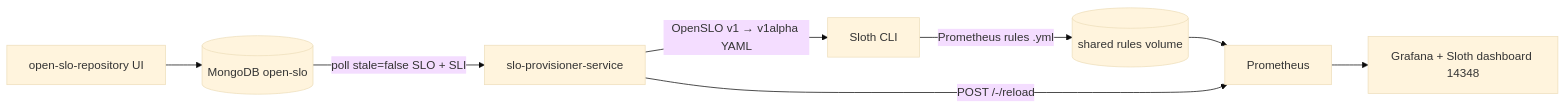
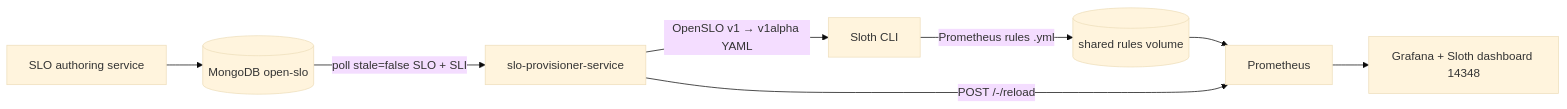
One commit to sanjuthomas/observability-mesh changed the third of 3 diagrams in README.md. Above: the diagram before and after it, drawn with Mermaid (base theme). The commit also changed other lines of this file and 42 other files, not shown here.

First line of the commit message:
Add slo-author-service and GitHub Actions CI.

````diff
--- a/README.md
+++ b/README.md
@@ -104,10 +101,10 @@
 ```mermaid
 flowchart LR
-    UI[open-slo-repository UI] --> Mongo[(MongoDB open-slo)]
+    SloAuth[SLO authoring service] --> Mongo[(MongoDB open-slo)]
     Mongo -->|poll stale=false SLO + SLI| Prov[slo-provisioner-service]
     Prov -->|OpenSLO v1 → v1alpha YAML| Sloth[Sloth CLI]
     Sloth -->|Prometheus rules .yml| Rules[(shared rules volume)]
     Rules --> Prom[Prometheus]
     Prov -->|POST /-/reload| Prom
     Prom --> Grafana[Grafana + Sloth dashboard 14348]
 ```
````
